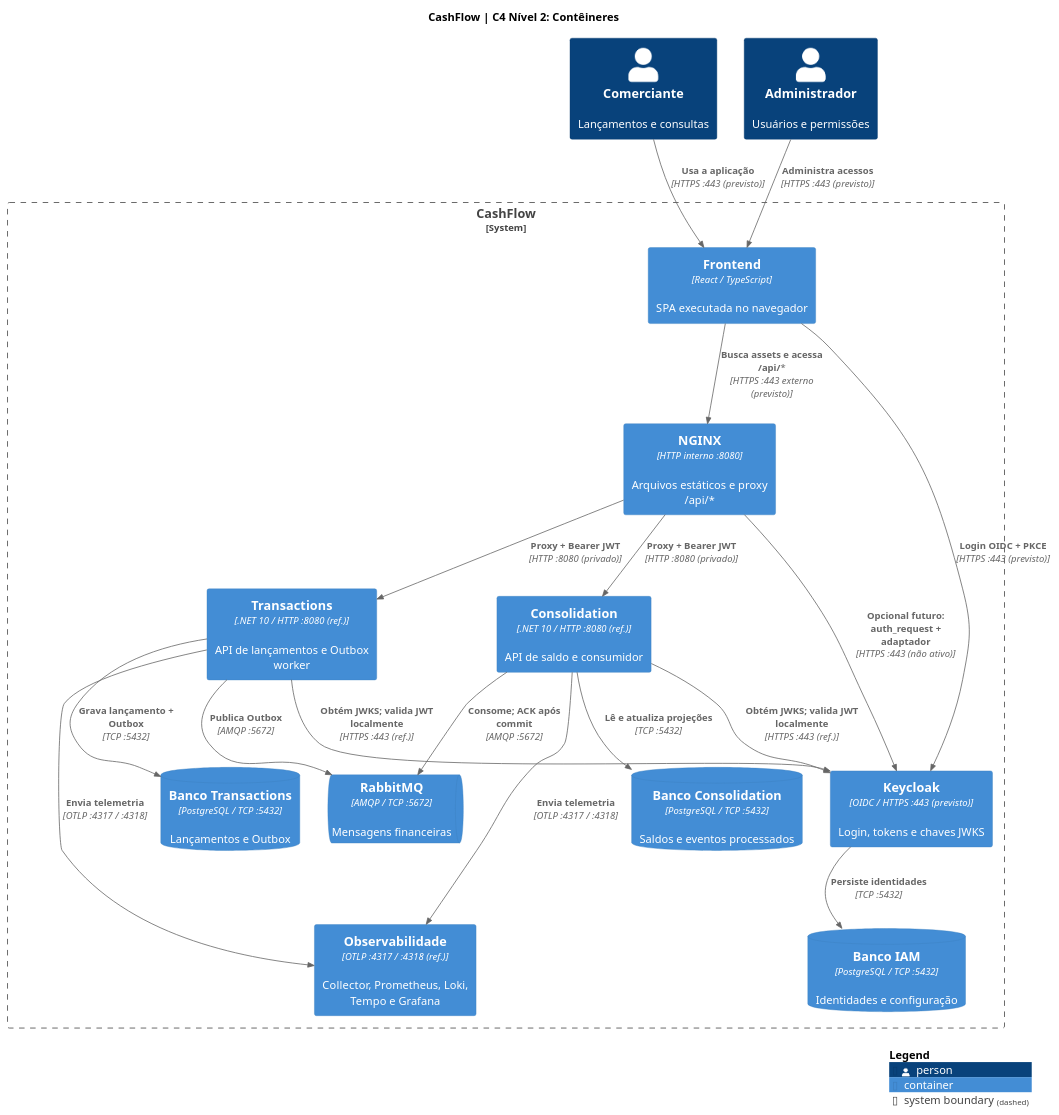
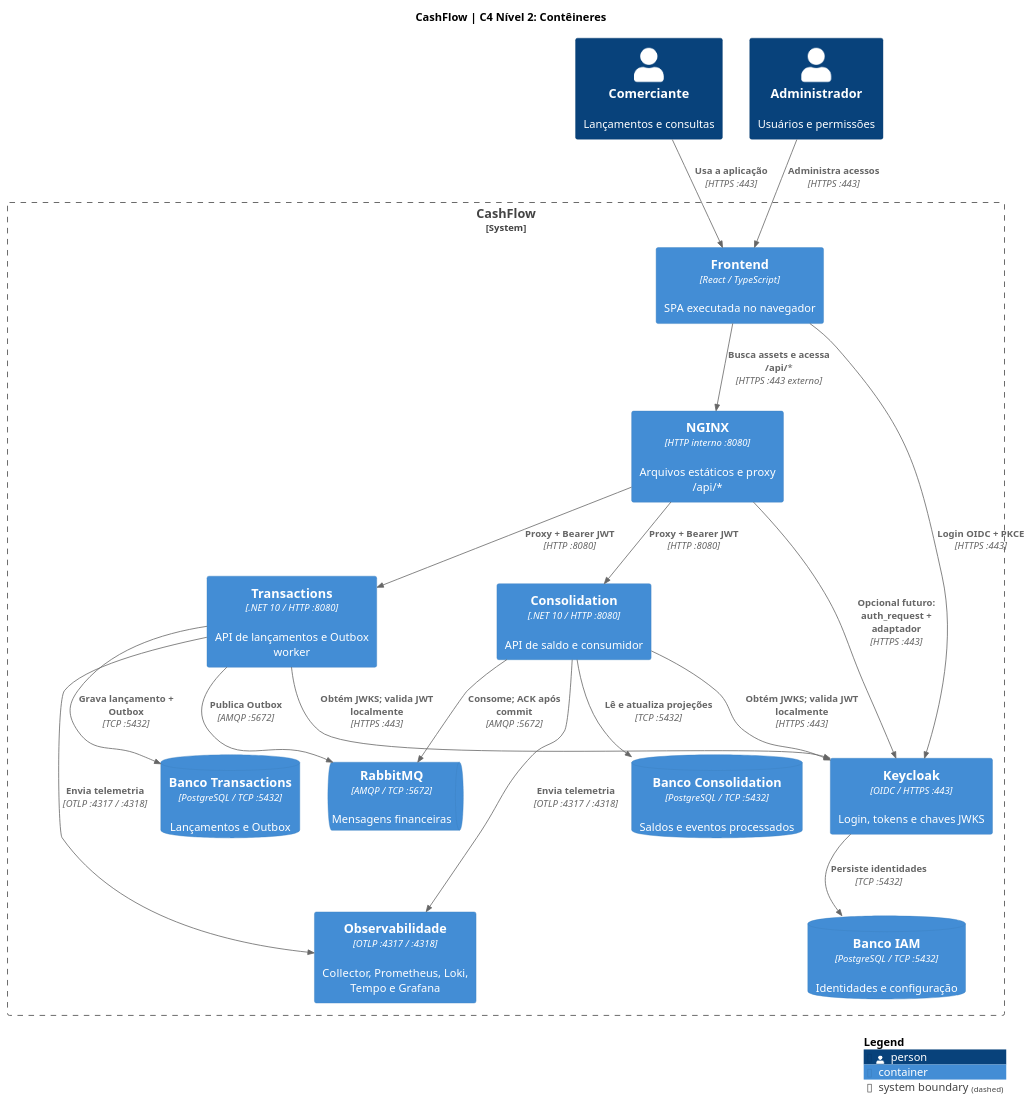
The diagram in docs/architecture/plantuml/c4-containers.puml (wolwerr/CashFlow-Architecture), drawn with PlantUML before and after one commit.

Commit message:
docs(c4): remove parenthetical annotations from C4 L1 and L2 labels (#6)

```diff
--- a/docs/architecture/plantuml/c4-containers.puml
+++ b/docs/architecture/plantuml/c4-containers.puml
@@ -1,65 +1,65 @@
 @startuml CashFlow_Containers
 !include <C4/C4_Container>
 
 title CashFlow | C4 Nível 2: Contêineres
 LAYOUT_TOP_DOWN()
 
 Person(comerciante, "Comerciante", "Lançamentos e consultas")
 Person(admin, "Administrador", "Usuários e permissões")
 
 System_Boundary(cashflow, "CashFlow") {
   Container(web, "Frontend", "React / TypeScript", "SPA executada no navegador")
   Container(nginx, "NGINX", "HTTP interno :8080", "Arquivos estáticos e proxy /api/*")
-  Container(iam, "Keycloak", "OIDC / HTTPS :443 (previsto)", "Login, tokens e chaves JWKS")
+  Container(iam, "Keycloak", "OIDC / HTTPS :443", "Login, tokens e chaves JWKS")
   ContainerDb(db_iam, "Banco IAM", "PostgreSQL / TCP :5432", "Identidades e configuração")
 
-  Container(transactions, "Transactions", ".NET 10 / HTTP :8080 (ref.)", "API de lançamentos e Outbox worker")
-  Container(consolidation, "Consolidation", ".NET 10 / HTTP :8080 (ref.)", "API de saldo e consumidor")
+  Container(transactions, "Transactions", ".NET 10 / HTTP :8080", "API de lançamentos e Outbox worker")
+  Container(consolidation, "Consolidation", ".NET 10 / HTTP :8080", "API de saldo e consumidor")
   ContainerQueue(rabbitmq, "RabbitMQ", "AMQP / TCP :5672", "Mensagens financeiras")
   ContainerDb(db_transactions, "Banco Transactions", "PostgreSQL / TCP :5432", "Lançamentos e Outbox")
   ContainerDb(db_consolidation, "Banco Consolidation", "PostgreSQL / TCP :5432", "Saldos e eventos processados")
-  Container(observability, "Observabilidade", "OTLP :4317 / :4318 (ref.)", "Collector, Prometheus, Loki, Tempo e Grafana")
+  Container(observability, "Observabilidade", "OTLP :4317 / :4318", "Collector, Prometheus, Loki, Tempo e Grafana")
 }
 
 ' Agrupamento visual: borda e IAM na parte superior;
 ' serviços financeiros no centro; dados e telemetria abaixo.
 Lay_R(comerciante, admin)
 Lay_D(web, nginx)
 Lay_R(nginx, iam)
 Lay_D(iam, db_iam)
 Lay_D(nginx, transactions)
 Lay_R(transactions, consolidation)
 Lay_D(transactions, db_transactions)
 Lay_D(consolidation, db_consolidation)
 Lay_D(transactions, rabbitmq)
 Lay_D(rabbitmq, observability)
 
-Rel(comerciante, web, "Usa a aplicação", "HTTPS :443 (previsto)")
-Rel(admin, web, "Administra acessos", "HTTPS :443 (previsto)")
-Rel(web, nginx, "Busca assets e acessa /api/*", "HTTPS :443 externo (previsto)")
-Rel(web, iam, "Login OIDC + PKCE", "HTTPS :443 (previsto)")
+Rel(comerciante, web, "Usa a aplicação", "HTTPS :443")
+Rel(admin, web, "Administra acessos", "HTTPS :443")
+Rel(web, nginx, "Busca assets e acessa /api/*", "HTTPS :443 externo")
+Rel(web, iam, "Login OIDC + PKCE", "HTTPS :443")
 
 ' Integração opcional na borda, NÃO presente no template atual.
 ' Exigiria auth_request e um serviço adaptador OIDC, ou equivalente.
-Rel(nginx, iam, "Opcional futuro: auth_request + adaptador", "HTTPS :443 (não ativo)")
+Rel(nginx, iam, "Opcional futuro: auth_request + adaptador", "HTTPS :443")
 
-Rel(nginx, transactions, "Proxy + Bearer JWT", "HTTP :8080 (privado)")
-Rel(nginx, consolidation, "Proxy + Bearer JWT", "HTTP :8080 (privado)")
+Rel(nginx, transactions, "Proxy + Bearer JWT", "HTTP :8080")
+Rel(nginx, consolidation, "Proxy + Bearer JWT", "HTTP :8080")
 
 ' A validação JWT é feita localmente em CADA API.
 ' As conexões JWKS/metadata são sob demanda e usam cache.
-Rel(transactions, iam, "Obtém JWKS; valida JWT localmente", "HTTPS :443 (ref.)")
-Rel(consolidation, iam, "Obtém JWKS; valida JWT localmente", "HTTPS :443 (ref.)")
+Rel(transactions, iam, "Obtém JWKS; valida JWT localmente", "HTTPS :443")
+Rel(consolidation, iam, "Obtém JWKS; valida JWT localmente", "HTTPS :443")
 
 Rel(iam, db_iam, "Persiste identidades", "TCP :5432")
 Rel(transactions, db_transactions, "Grava lançamento + Outbox", "TCP :5432")
 Rel(consolidation, db_consolidation, "Lê e atualiza projeções", "TCP :5432")
 Rel(transactions, rabbitmq, "Publica Outbox", "AMQP :5672")
 Rel(consolidation, rabbitmq, "Consome; ACK após commit", "AMQP :5672")
 
 ' Para reduzir cruzamentos, a telemetria aparece como relação agrupada.
 Rel(transactions, observability, "Envia telemetria", "OTLP :4317 / :4318")
 Rel(consolidation, observability, "Envia telemetria", "OTLP :4317 / :4318")
 
 SHOW_LEGEND()
 @enduml
```
